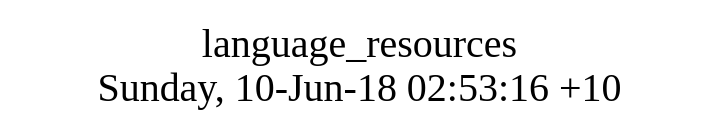
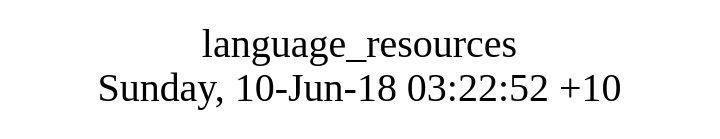
One commit to AplaProject/apps changed the diagram in src/basic/language_resources/struct.dot. Above: the diagram before and after it, drawn with Graphviz. The commit also changed 9 other files, not shown here.

```diff
--- a/src/basic/language_resources/struct.dot
+++ b/src/basic/language_resources/struct.dot
@@ -1,8 +1,8 @@
 digraph G {
 fontsize="24";
-label="language_resources\nSunday, 10-Jun-18 02:53:16 +10";
+label="language_resources\nSunday, 10-Jun-18 03:22:52 +10";
 nojustify=true;
 ordering=out;
 rankdir=LR;
 size="30";
 }
```
